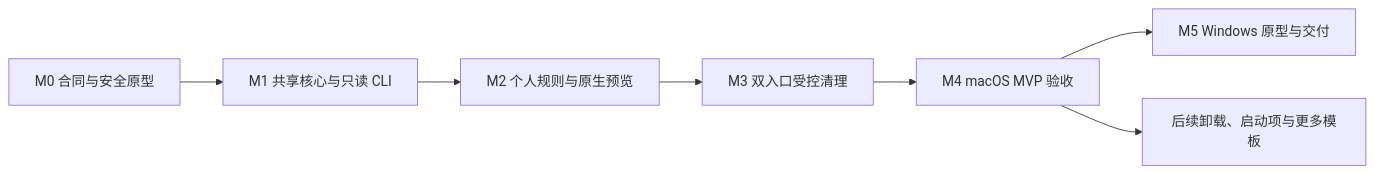
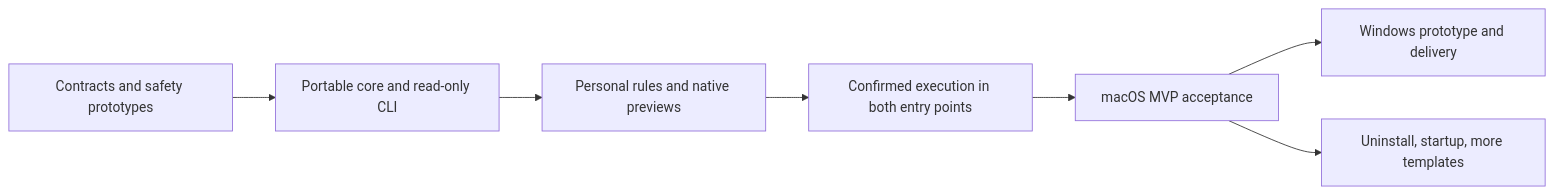
The diagram in docs/engineering/implementation-plan.md (limecloud/shou), drawn with Mermaid before and after one commit. The commit also changed other lines of this file and 46 other files, not shown here.

````diff
--- a/docs/engineering/implementation-plan.md
+++ b/docs/engineering/implementation-plan.md
@@ -32,9 +26,9 @@
 ```mermaid
 flowchart LR
-    M0[M0 合同与安全原型] --> M1[M1 共享核心与只读 CLI]
-    M1 --> M2[M2 个人规则与原生预览]
-    M2 --> M3[M3 双入口受控清理]
-    M3 --> M4[M4 macOS MVP 验收]
-    M4 --> M5[M5 Windows 原型与交付]
-    M4 --> Later[后续卸载、启动项与更多模板]
+    M0[Contracts and safety prototypes] --> M1[Portable core and read-only CLI]
+    M1 --> M2[Personal rules and native previews]
+    M2 --> M3[Confirmed execution in both entry points]
+    M3 --> M4[macOS MVP acceptance]
+    M4 --> M5[Windows prototype and delivery]
+    M4 --> Later[Uninstall, startup, more templates]
 ```
````
